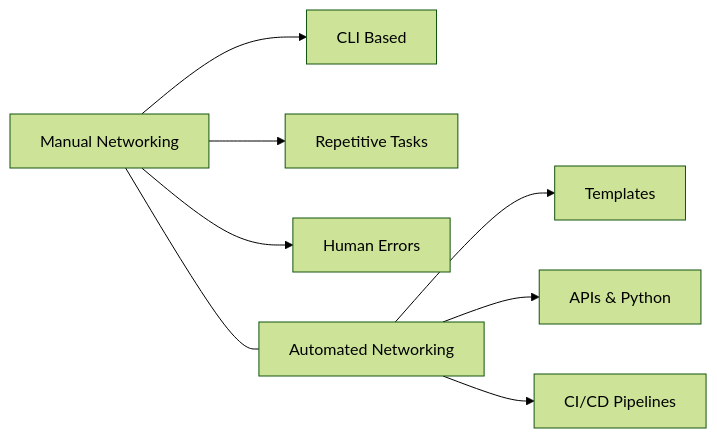
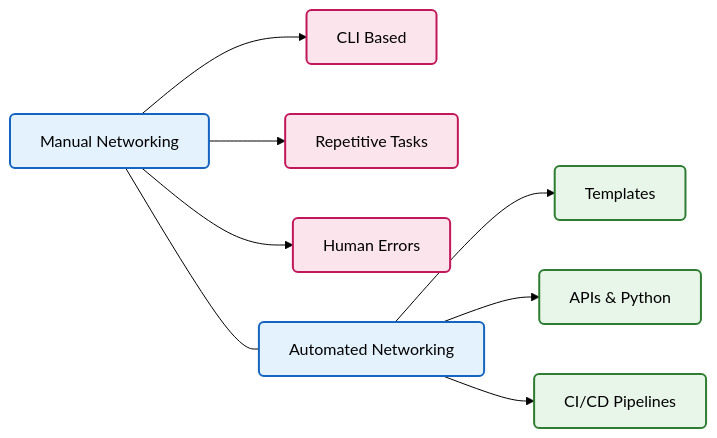
The diagram in diagrams/05-manual-vs-automated.md (tej554/network-automation-visuals), drawn with Mermaid (forest theme) before and after one commit. The commit also changed 16 other files, not shown here.

````diff
--- a/diagrams/05-manual-vs-automated.md
+++ b/diagrams/05-manual-vs-automated.md
@@ -7,14 +7,23 @@
 ```mermaid
 flowchart LR
     A[Manual Networking]
     A --> X1[CLI Based]
     A --> X2[Repetitive Tasks]
     A --> X3[Human Errors]
 
     B[Automated Networking]
     B --> Y1[Templates]
     B --> Y2[APIs & Python]
     B --> Y3[CI/CD Pipelines]
 
     A --- B
+
+    classDef default fill:#fff,stroke:#333,stroke-width:1px,rx:5,ry:5;
+    classDef manual fill:#fce4ec,stroke:#c2185b,stroke-width:2px;
+    classDef auto fill:#e8f5e9,stroke:#2e7d32,stroke-width:2px;
+    classDef root fill:#e3f2fd,stroke:#1565c0,stroke-width:2px;
+
+    class X1,X2,X3 manual;
+    class Y1,Y2,Y3 auto;
+    class A,B root;
 ```
````
